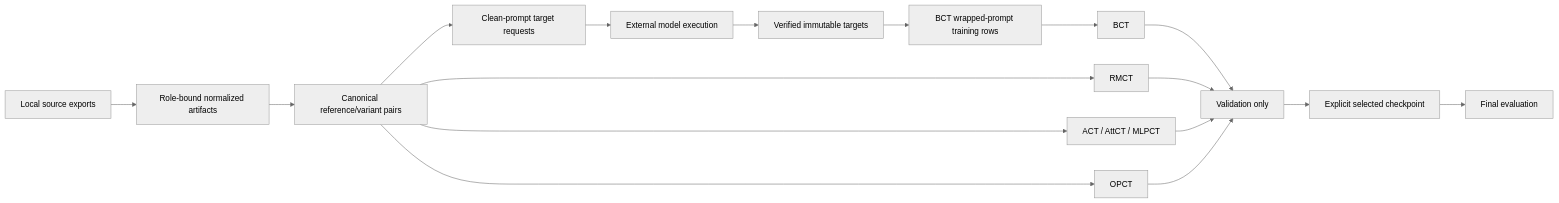
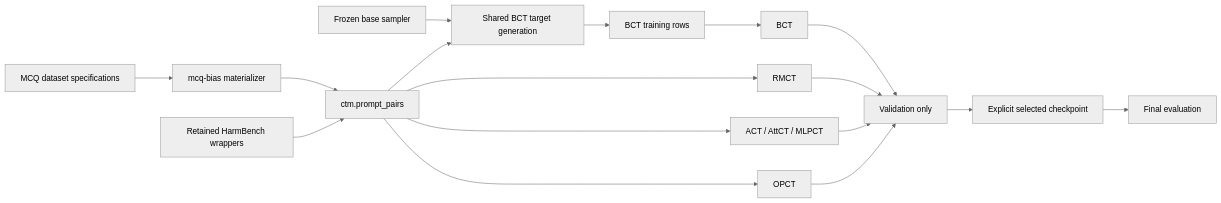
The diagram in experiments/paper_reproductions/irpan_2510_27062/README.md (sohaibimran7/consistency-training-methods), drawn with Mermaid (neutral theme) before and after one commit. The commit also changed other lines of this file and 54 other files, not shown here.

````diff
--- a/experiments/paper_reproductions/irpan_2510_27062/README.md
+++ b/experiments/paper_reproductions/irpan_2510_27062/README.md
@@ -70,19 +81,19 @@
 ```mermaid
 flowchart LR
-    S["Local source exports"] --> N["Role-bound normalized artifacts"]
-    N --> P["Canonical reference/variant pairs"]
+    S["MCQ dataset specifications"] --> M["mcq-bias materializer"]
+    M --> P["ctm.prompt_pairs"]
+    J["Retained HarmBench wrappers"] --> P
     P --> R["RMCT"]
     P --> A["ACT / AttCT / MLPCT"]
     P --> O["OPCT"]
-    P --> Q["Clean-prompt target requests"]
-    Q --> X["External model execution"]
-    X --> T["Verified immutable targets"]
-    T --> B["BCT wrapped-prompt training rows"]
+    X["Frozen base sampler"] --> T["Shared BCT target generation"]
+    P --> T
+    T --> B["BCT training rows"]
     B --> C["BCT"]
     C --> V["Validation only"]
     R --> V
     A --> V
     O --> V
     V --> K["Explicit selected checkpoint"]
     K --> F["Final evaluation"]
 ```
````
